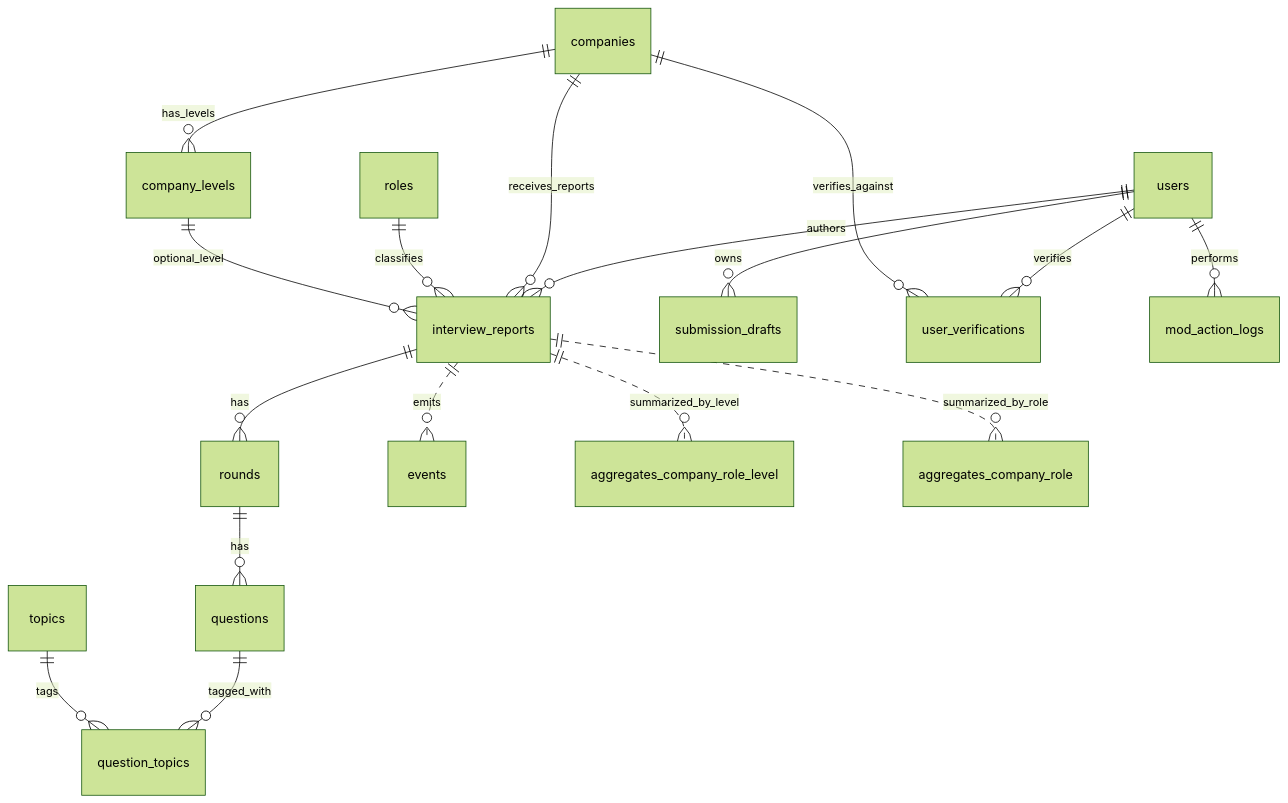
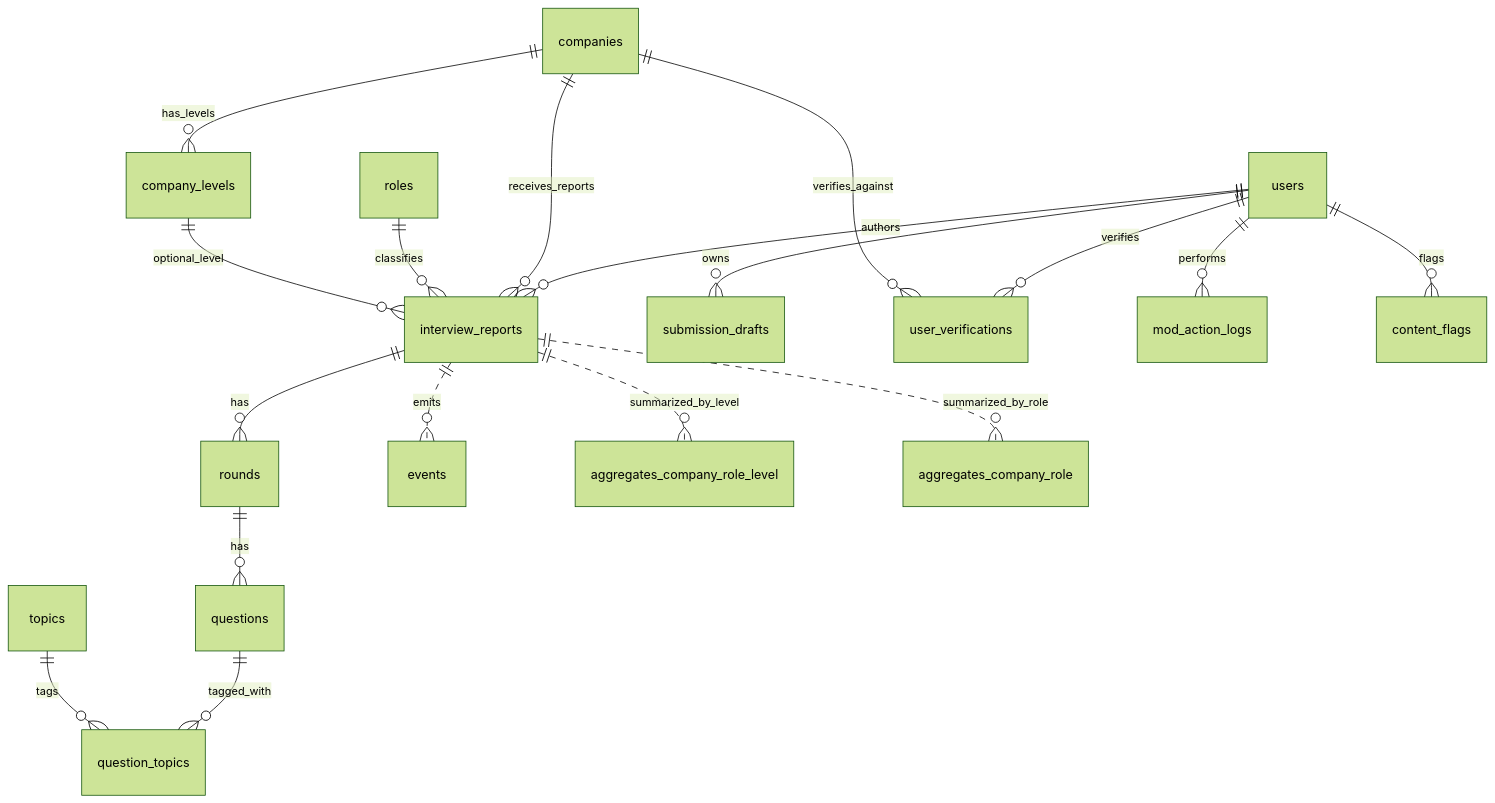
The diagram in docs/data-model.md (pujan1/FromTheLoops), drawn with Mermaid (forest theme) before and after one commit. The commit also changed other lines of this file and 103 other files, not shown here.

````diff
--- a/docs/data-model.md
+++ b/docs/data-model.md
@@ -30,22 +30,23 @@
 ```mermaid
 erDiagram
   users ||--o{ interview_reports : authors
   users ||--o{ submission_drafts : owns
   users ||--o{ user_verifications : verifies
   users ||--o{ mod_action_logs : performs
+  users ||--o{ content_flags : flags
 
   companies ||--o{ interview_reports : receives_reports
   companies ||--o{ company_levels : has_levels
   companies ||--o{ user_verifications : verifies_against
   roles ||--o{ interview_reports : classifies
   company_levels ||--o{ interview_reports : optional_level
 
   interview_reports ||--o{ rounds : has
   rounds ||--o{ questions : has
   questions ||--o{ question_topics : tagged_with
   topics ||--o{ question_topics : tags
 
   interview_reports ||..o{ events : emits
   interview_reports ||..o{ aggregates_company_role_level : summarized_by_level
   interview_reports ||..o{ aggregates_company_role : summarized_by_role
 ```
````
